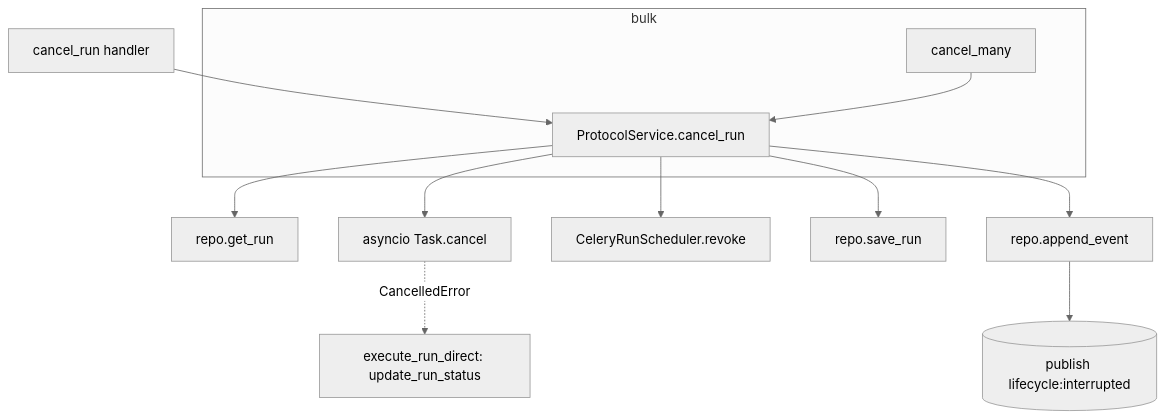
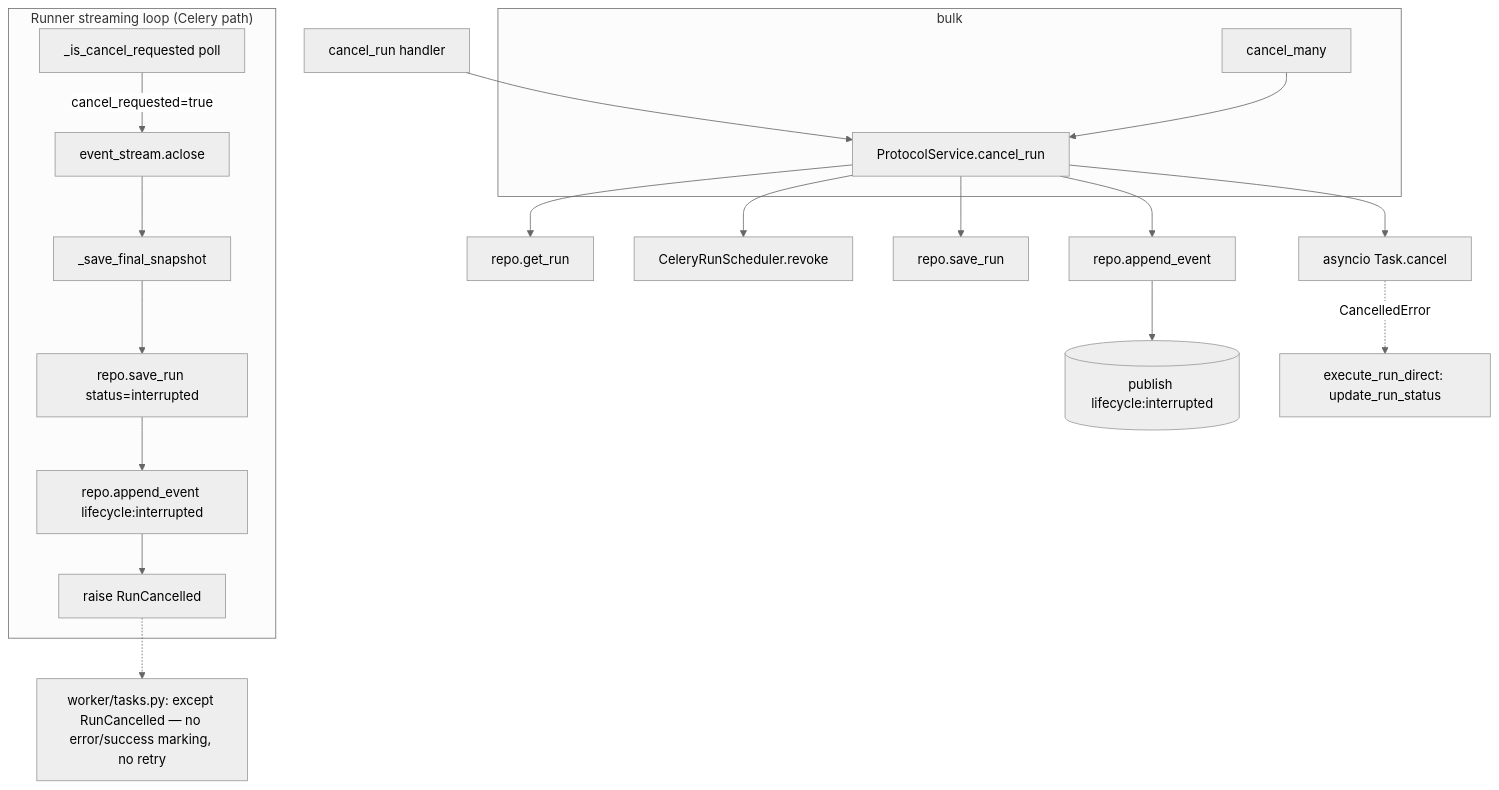
One commit to aa2051995/deep-agent-ga changed the second of 2 diagrams in docs/use-cases/04-cancel-run.md. Above: the diagram before and after it, drawn with Mermaid (neutral theme). The commit also changed other lines of this file and 6 other files, not shown here.

````diff
--- a/docs/use-cases/04-cancel-run.md
+++ b/docs/use-cases/04-cancel-run.md
@@ -89,14 +113,22 @@
 ```mermaid
 flowchart TD
     A[cancel_run handler] --> B[ProtocolService.cancel_run]
     B --> C[repo.get_run]
     B --> D[asyncio Task.cancel]
     B --> E[CeleryRunScheduler.revoke]
     B --> F[repo.save_run]
     B --> G[repo.append_event]
     G --> H[(publish lifecycle:interrupted)]
     D -.CancelledError.-> I[execute_run_direct: update_run_status]
+    subgraph "Runner streaming loop (Celery path)"
+        J[_is_cancel_requested poll] -->|cancel_requested=true| K[event_stream.aclose]
+        K --> L[_save_final_snapshot]
+        L --> M[repo.save_run status=interrupted]
+        M --> N[repo.append_event lifecycle:interrupted]
+        N --> O[raise RunCancelled]
+    end
+    O -.-> P[worker/tasks.py: except RunCancelled — no error/success marking, no retry]
     subgraph bulk
-        J[cancel_many] --> B
+        Q[cancel_many] --> B
     end
 ```
````
